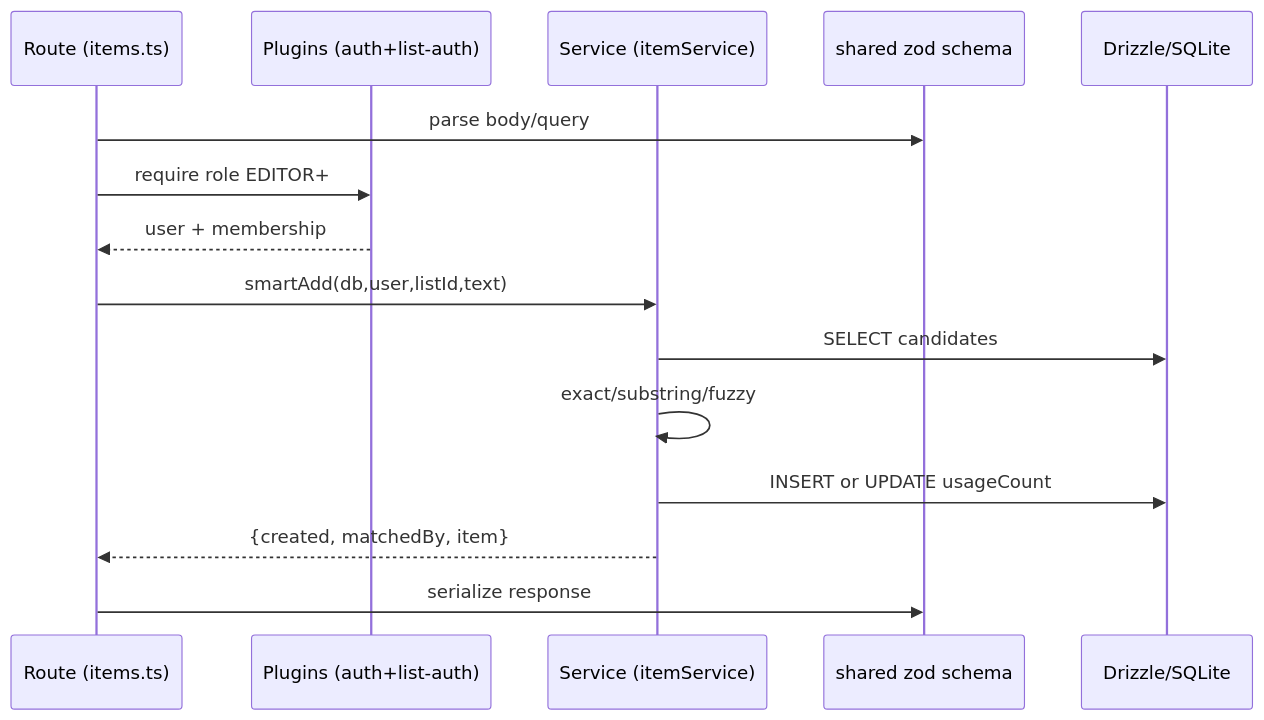
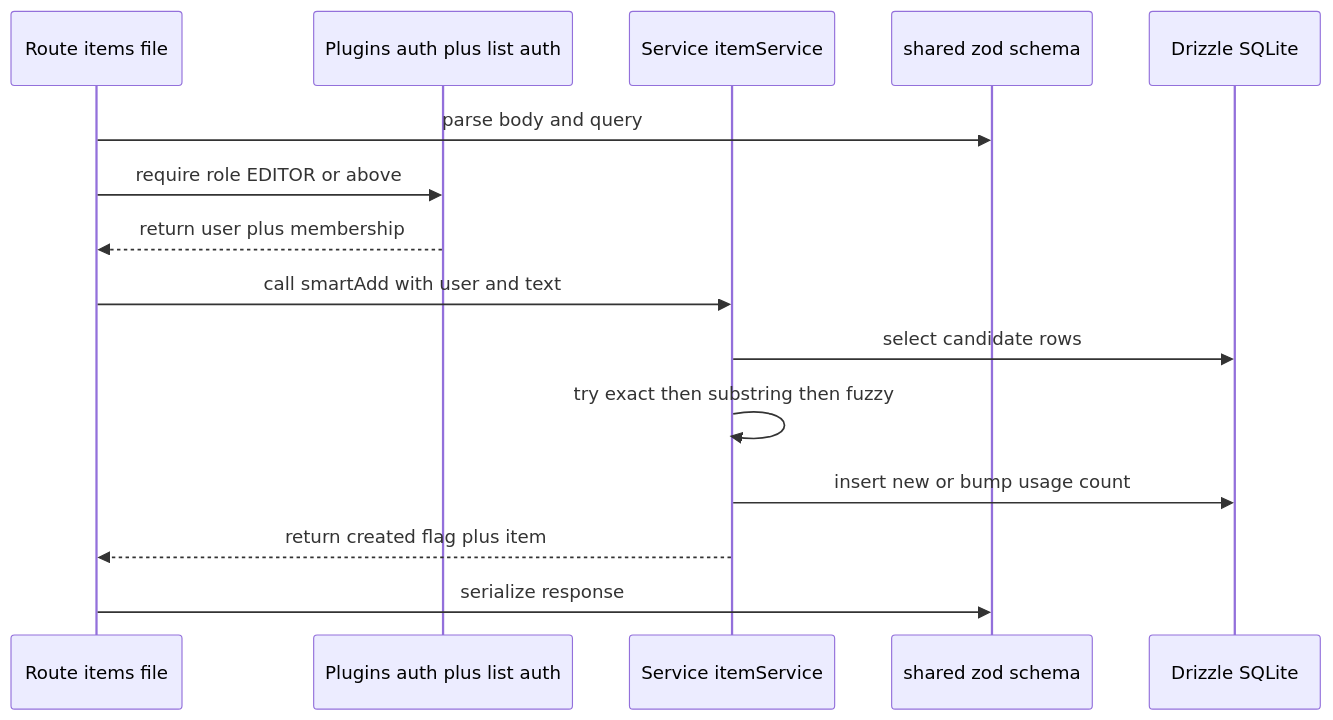
Before and after one commit to Bushische/grocery-app: the fifth of 10 diagrams in docs/PROJECT_LEARNING.md, drawn with Mermaid. The commit also changed other lines of this file and 6 other files, not shown here.

````diff
--- a/docs/PROJECT_LEARNING.md
+++ b/docs/PROJECT_LEARNING.md
@@ -291,17 +277,17 @@
 ```mermaid
 sequenceDiagram
-  participant R as Route (items.ts)
-  participant P as Plugins (auth+list-auth)
-  participant S as Service (itemService)
+  participant R as Route items file
+  participant P as Plugins auth plus list auth
+  participant S as Service itemService
   participant Z as shared zod schema
-  participant DB as Drizzle/SQLite
-  R->>Z: parse body/query
-  R->>P: require role EDITOR+
-  P-->>R: user + membership
-  R->>S: smartAdd(db,user,listId,text)
-  S->>DB: SELECT candidates
-  S->>S: exact/substring/fuzzy
-  S->>DB: INSERT or UPDATE usageCount
-  S-->>R: {created, matchedBy, item}
+  participant DB as Drizzle SQLite
+  R->>Z: parse body and query
+  R->>P: require role EDITOR or above
+  P-->>R: return user plus membership
+  R->>S: call smartAdd with user and text
+  S->>DB: select candidate rows
+  S->>S: try exact then substring then fuzzy
+  S->>DB: insert new or bump usage count
+  S-->>R: return created flag plus item
   R->>Z: serialize response
 ```
````
